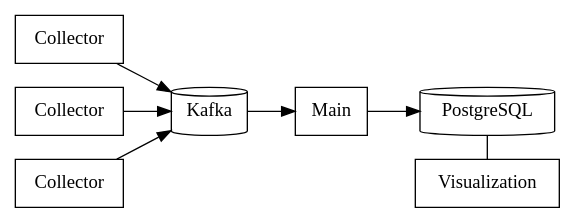
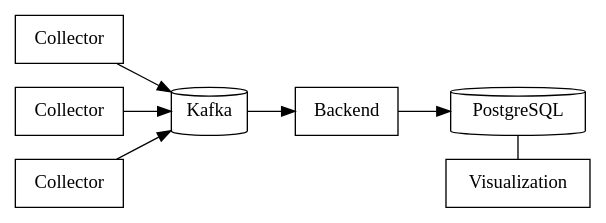
One commit to Dentosal/avmon changed the diagram in docs/architecture.dot. Above: the diagram before and after it, drawn with Graphviz. The commit also changed 2 other files, not shown here.

```diff
--- a/docs/architecture.dot
+++ b/docs/architecture.dot
@@ -1,20 +1,20 @@
 digraph A {
     rankdir = LR;
 
     c_a [shape=rect,label="Collector"]
     c_b [shape=rect,label="Collector"]
     c_c [shape=rect,label="Collector"]
     kafka [shape=cylinder,label="Kafka"]
     postgres [shape=cylinder,label="PostgreSQL"]
-    main [shape=rect,label="Main"]
+    backend [shape=rect,label="Backend"]
     viz [shape=rect,label="Visualization"]
 
     {postgres; viz; rank=same}
 
     c_a -> kafka
     c_b -> kafka
     c_c -> kafka
-    kafka -> main
-    main -> postgres
+    kafka -> backend
+    backend -> postgres
     postgres -> viz [dir=none]
 }
```
